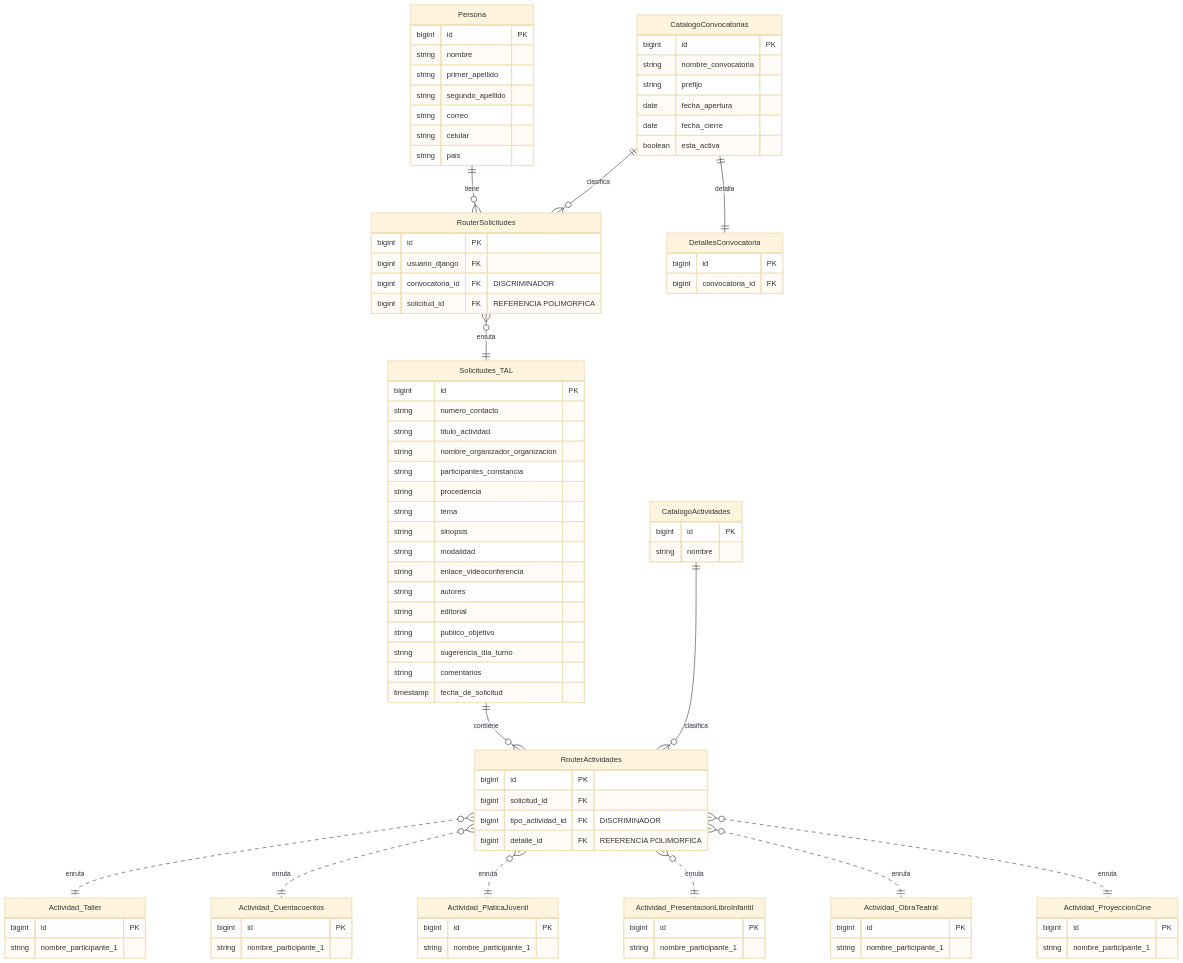
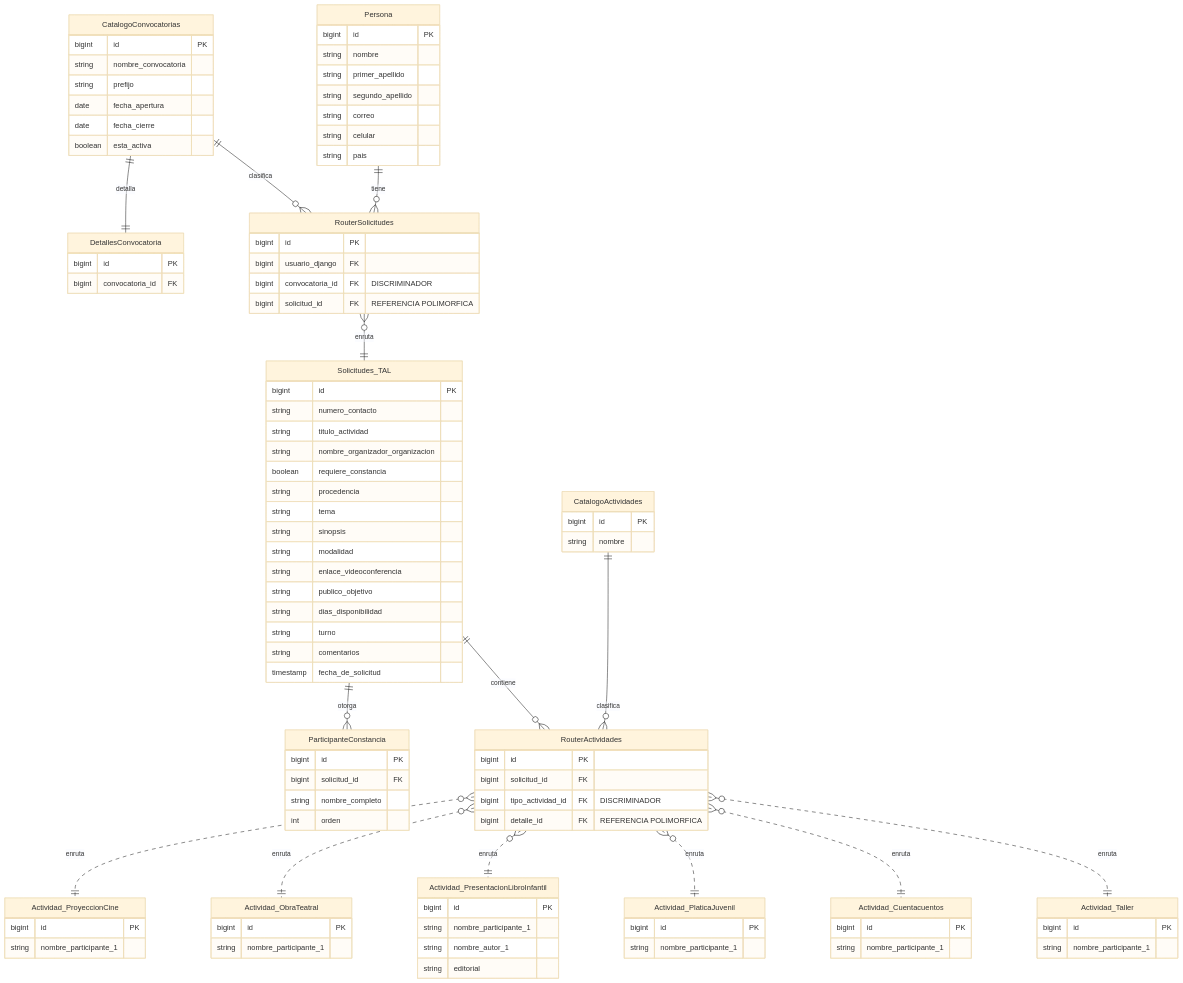
Before and after one commit to Proyectos-Vinculacion-FMAT/FILEYapp26: the diagram in docs/requisitos/TAL/erDiagram - Captura de propuestas.mmd, drawn with Mermaid (base theme). The commit also changed 2 other files, not shown here.

```diff
--- a/docs/requisitos/TAL/erDiagram - Captura de propuestas.mmd
+++ b/docs/requisitos/TAL/erDiagram - Captura de propuestas.mmd
@@ -1,110 +1,119 @@
 erDiagram
     Persona {
         bigint id PK
         string nombre
         string primer_apellido
         string segundo_apellido
         string correo
         string celular
         string pais
     }
 
     CatalogoConvocatorias {
         bigint id PK
         string nombre_convocatoria
         string prefijo
         date fecha_apertura
         date fecha_cierre
         boolean esta_activa
     }
 
     DetallesConvocatoria {
         bigint id PK
         bigint convocatoria_id FK
     }
 
     RouterSolicitudes {
         bigint id PK
         bigint usuario_django FK
         bigint convocatoria_id FK "DISCRIMINADOR"
         bigint solicitud_id FK "REFERENCIA POLIMORFICA"
     }
 
     Solicitudes_TAL {
         bigint id PK
         string numero_contacto
         string titulo_actividad
         string nombre_organizador_organizacion
-        string participantes_constancia
+        boolean requiere_constancia
         string procedencia
         string tema
         string sinopsis
         string modalidad
         string enlace_videoconferencia
-        string autores
-        string editorial
         string publico_objetivo
-        string sugerencia_dia_turno
+        string dias_disponibilidad
+        string turno
         string comentarios
         timestamp fecha_de_solicitud
+    }
+
+    ParticipanteConstancia {
+        bigint id PK
+        bigint solicitud_id FK
+        string nombre_completo
+        int orden
     }
 
     CatalogoActividades {
         bigint id PK
         string nombre
     }
 
     RouterActividades {
         bigint id PK
         bigint solicitud_id FK
         bigint tipo_actividad_id FK "DISCRIMINADOR"
         bigint detalle_id FK "REFERENCIA POLIMORFICA"
     }
 
     Actividad_Taller {
         bigint id PK
         string nombre_participante_1
     }
 
     Actividad_Cuentacuentos {
         bigint id PK
         string nombre_participante_1
     }
 
     Actividad_PlaticaJuvenil {
         bigint id PK
         string nombre_participante_1
     }
 
     Actividad_PresentacionLibroInfantil {
         bigint id PK
         string nombre_participante_1
+        string nombre_autor_1
+        string editorial
     }
 
     Actividad_ObraTeatral {
         bigint id PK
         string nombre_participante_1
     }
 
     Actividad_ProyeccionCine {
         bigint id PK
         string nombre_participante_1
     }
 
 
     Persona ||--o{ RouterSolicitudes : "tiene"
     CatalogoConvocatorias ||--o{ RouterSolicitudes : "clasifica"
     CatalogoConvocatorias ||--|| DetallesConvocatoria : "detalla"
 
     RouterSolicitudes }o--|| Solicitudes_TAL : "enruta"
 
     Solicitudes_TAL ||--o{ RouterActividades : "contiene"
+    Solicitudes_TAL ||--o{ ParticipanteConstancia : "otorga"
 
     CatalogoActividades ||--o{ RouterActividades : "clasifica"
 
     RouterActividades }o..|| Actividad_Taller : "enruta"
     RouterActividades }o..|| Actividad_Cuentacuentos : "enruta"
     RouterActividades }o..|| Actividad_PlaticaJuvenil : "enruta"
     RouterActividades }o..|| Actividad_PresentacionLibroInfantil : "enruta"
     RouterActividades }o..|| Actividad_ObraTeatral : "enruta"
     RouterActividades }o..|| Actividad_ProyeccionCine : "enruta"
```
